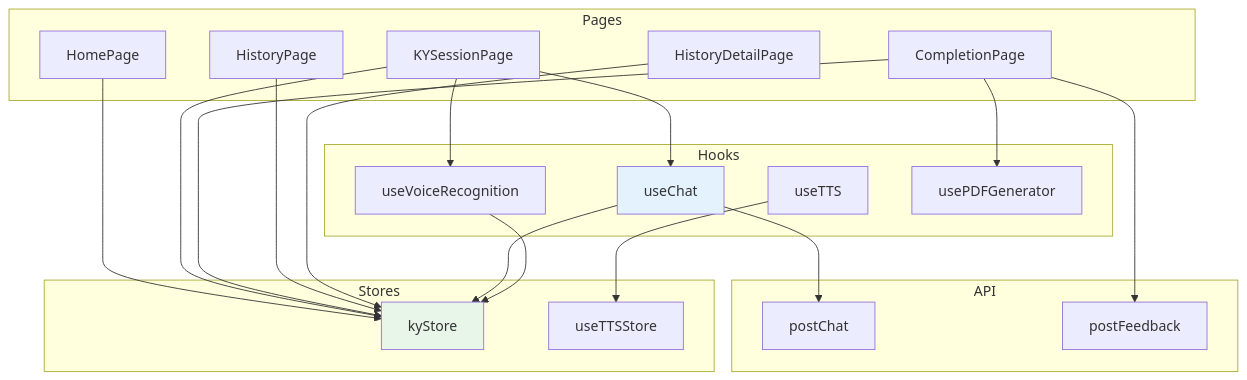
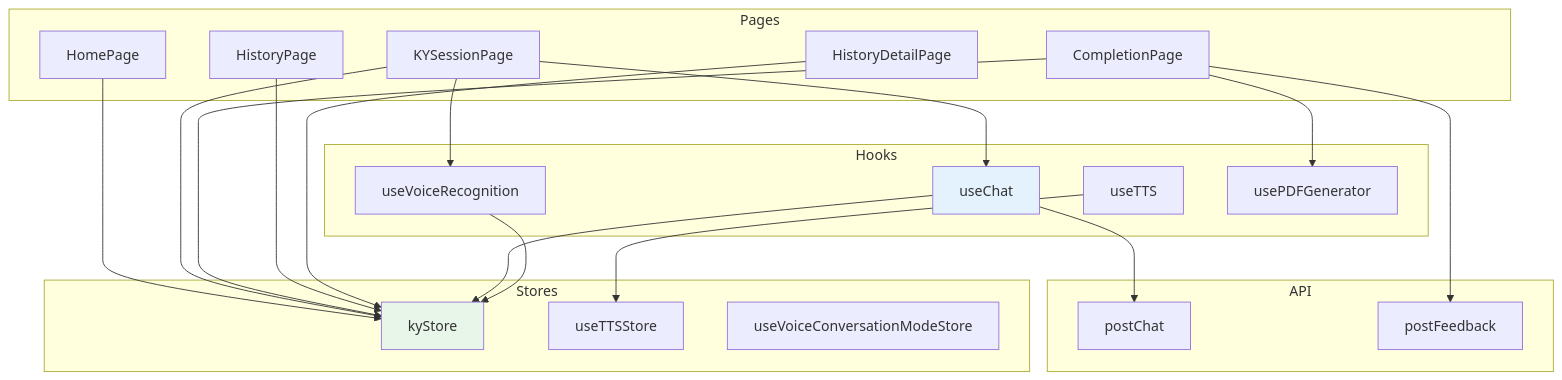
Before and after one commit to Ibar-Aki/solar-aldrin: diagram 14 of 16 in apps/v2-modern/docs/00_overview/00_Master_Technical_Reference.md, drawn with Mermaid. The commit also changed other lines of this file and 5 other files, not shown here.

````diff
--- a/apps/v2-modern/docs/00_overview/00_Master_Technical_Reference.md
+++ b/apps/v2-modern/docs/00_overview/00_Master_Technical_Reference.md
@@ -1293,45 +1376,46 @@
 ```mermaid
 graph TB
     subgraph "Pages"
         HP[HomePage]
         KSP[KYSessionPage]
         CP[CompletionPage]
         HIST[HistoryPage]
         HD[HistoryDetailPage]
     end
     
     subgraph "Hooks"
         UC[useChat]
         UTT[useTTS]
         UVR[useVoiceRecognition]
         UPDF[usePDFGenerator]
     end
     
     subgraph "Stores"
         KYS[kyStore]
         TTSS[useTTSStore]
+        VCMS[useVoiceConversationModeStore]
     end
     
     subgraph "API"
         PCHA[postChat]
         PFB[postFeedback]
     end
     
     HP --> KYS
     KSP --> KYS
     KSP --> UC
     KSP --> UVR
     CP --> KYS
     CP --> UPDF
     CP --> PFB
     HIST --> KYS
     HD --> KYS
     
     UC --> KYS
     UC --> PCHA
     UTT --> TTSS
     UVR --> KYS
     
     style KYS fill:#e8f5e9
     style UC fill:#e3f2fd
 ```
````
